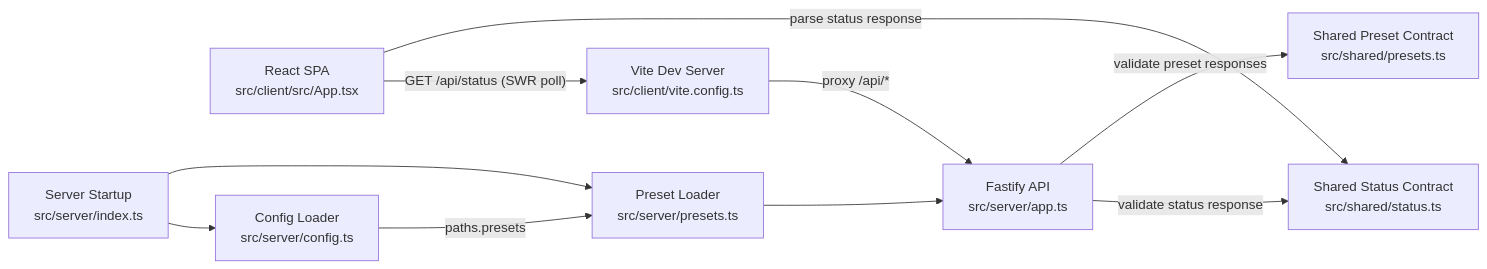
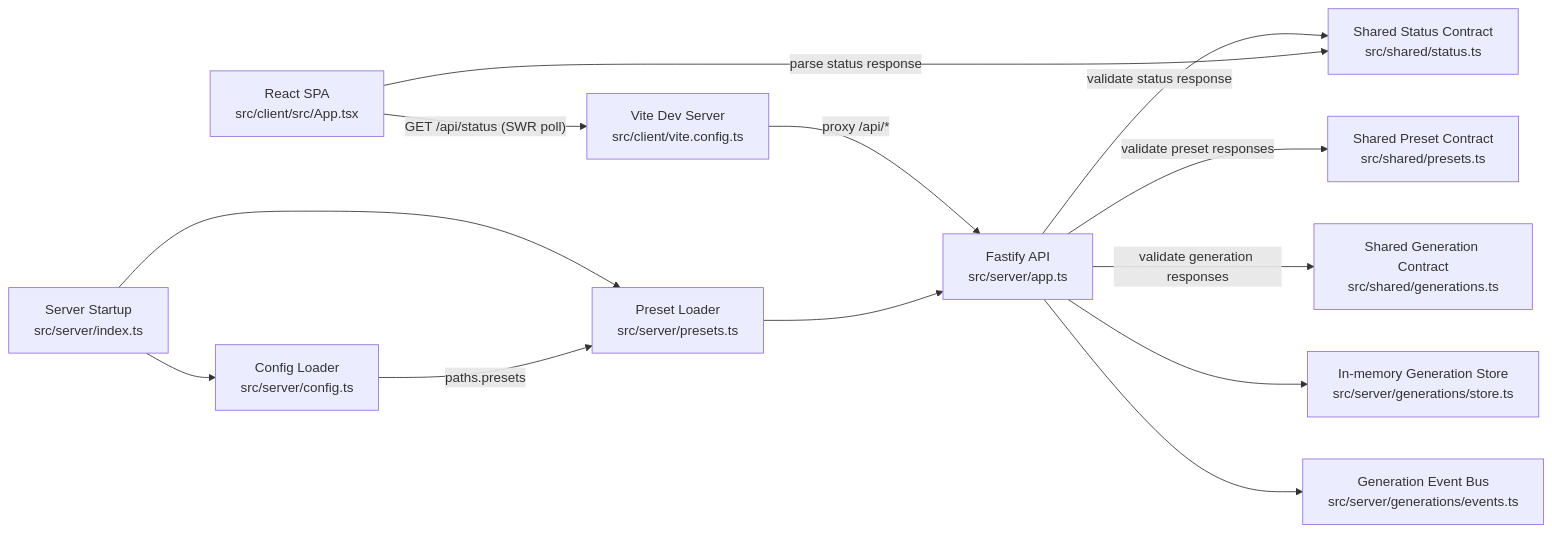
Before and after one commit to marianban/fuzzy-guacamole: the first of 3 diagrams in docs/architecture.MD, drawn with Mermaid. The commit also changed other lines of this file and 13 other files, not shown here.

````diff
--- a/docs/architecture.MD
+++ b/docs/architecture.MD
@@ -7,21 +7,27 @@
 ```mermaid
 flowchart LR
   Browser["React SPA<br/>src/client/src/App.tsx"]
   Vite["Vite Dev Server<br/>src/client/vite.config.ts"]
   API["Fastify API<br/>src/server/app.ts"]
   SharedStatus["Shared Status Contract<br/>src/shared/status.ts"]
   SharedPresets["Shared Preset Contract<br/>src/shared/presets.ts"]
+  SharedGenerations["Shared Generation Contract<br/>src/shared/generations.ts"]
   Startup["Server Startup<br/>src/server/index.ts"]
   Config["Config Loader<br/>src/server/config.ts"]
   Presets["Preset Loader<br/>src/server/presets.ts"]
+  GenerationStore["In-memory Generation Store<br/>src/server/generations/store.ts"]
+  GenerationEvents["Generation Event Bus<br/>src/server/generations/events.ts"]
 
   Browser -->|"GET /api/status (SWR poll)"| Vite
   Vite -->|"proxy /api/*"| API
   API -->|"validate status response"| SharedStatus
   API -->|"validate preset responses"| SharedPresets
+  API -->|"validate generation responses"| SharedGenerations
   Browser -->|"parse status response"| SharedStatus
   Startup --> Config
   Startup --> Presets
   Config -->|"paths.presets"| Presets
   Presets --> API
+  API --> GenerationStore
+  API --> GenerationEvents
 ```
````
